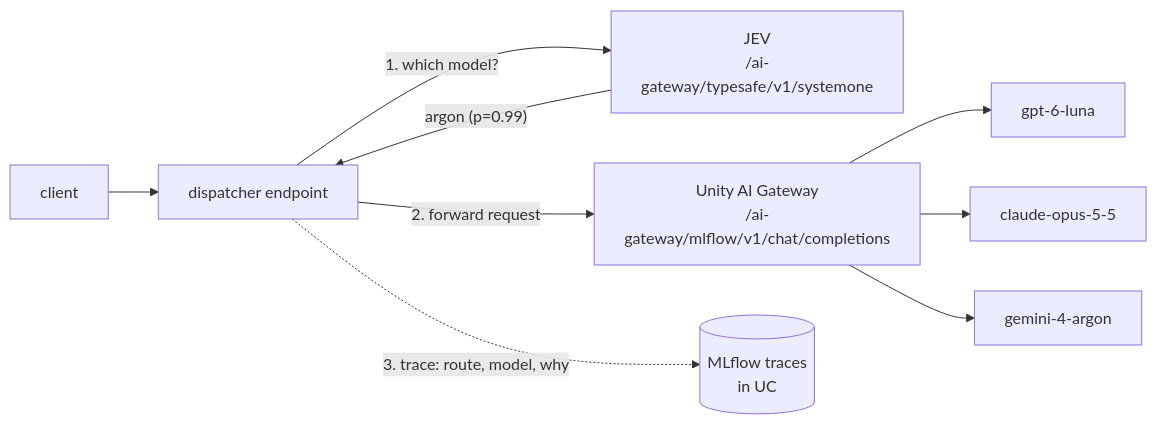
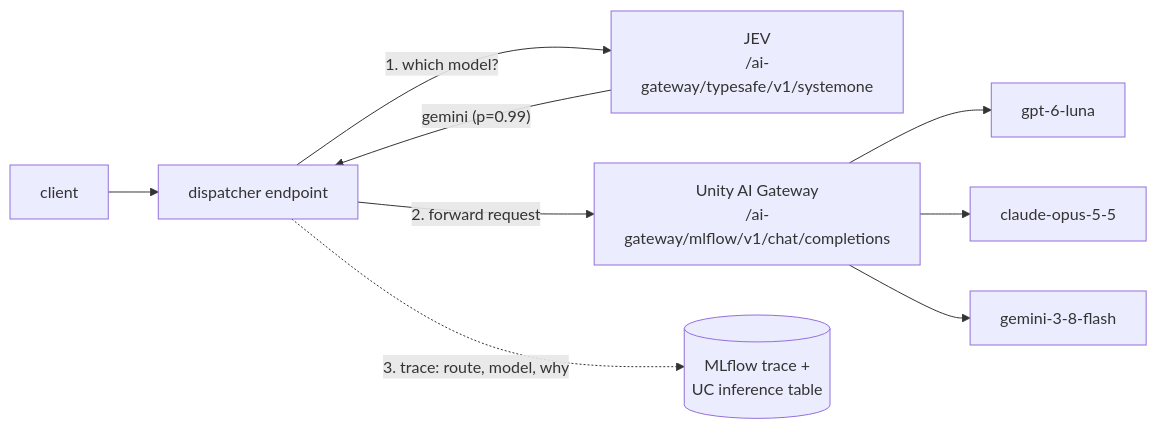
One commit to randypitcherii/shareables changed the diagram in databricks/demos/simple_dispatcher_agent/README.md. Above: the diagram before and after it, drawn with Mermaid. The commit also changed other lines of this file and 8 other files, not shown here.

First line of the commit message:
simple_dispatcher_agent: OBO gateway calls (no secrets), gemini-3-8-flash route, Jev switch

````diff
--- a/databricks/demos/simple_dispatcher_agent/README.md
+++ b/databricks/demos/simple_dispatcher_agent/README.md
@@ -19,11 +33,11 @@
 ```mermaid
 flowchart LR
     C[client] --> D[dispatcher endpoint]
     D -- "1. which model?" --> J["JEV<br/>/ai-gateway/typesafe/v1/systemone"]
-    J -- "argon (p=0.99)" --> D
+    J -- "gemini (p=0.99)" --> D
     D -- "2. forward request" --> G["Unity AI Gateway<br/>/ai-gateway/mlflow/v1/chat/completions"]
     G --> L[gpt-6-luna]
     G --> O[claude-opus-5-5]
-    G --> A[gemini-4-argon]
-    D -. "3. trace: route, model, why" .-> M[(MLflow traces<br/>in UC)]
+    G --> A[gemini-3-8-flash]
+    D -. "3. trace: route, model, why" .-> M[(MLflow trace +<br/>UC inference table)]
 ```
````
